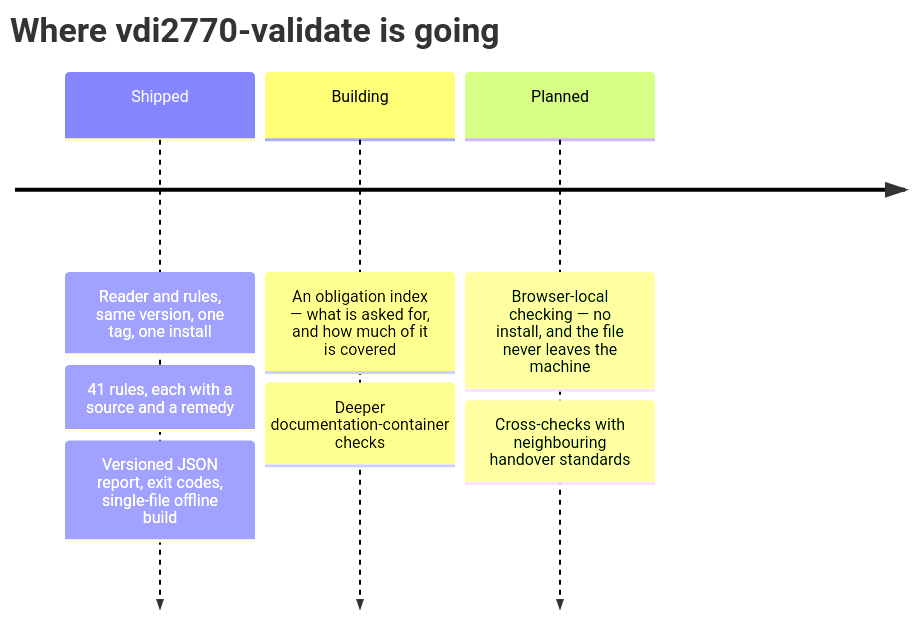
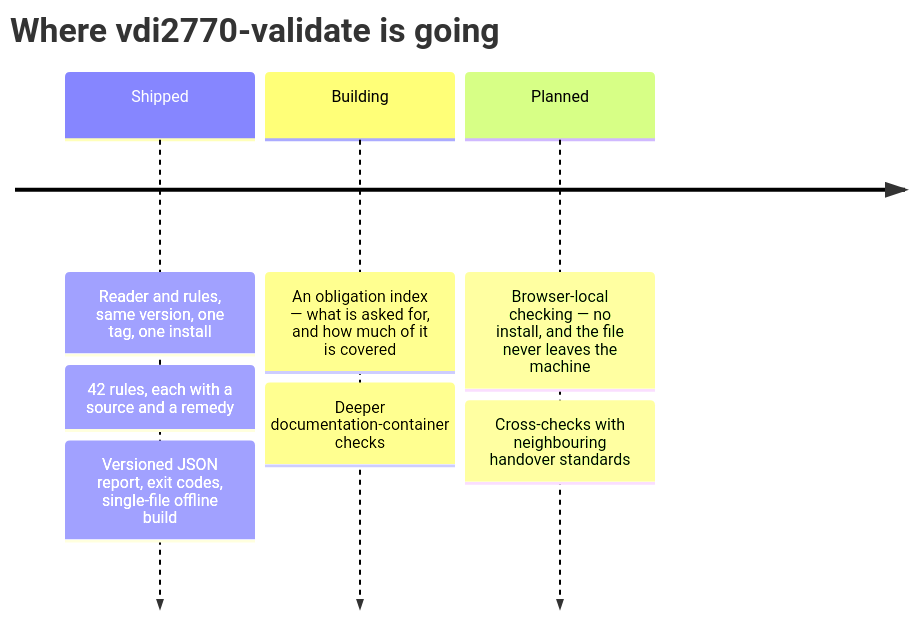
The second of 2 diagrams in README.md (dev365code/vdi2770-validate), drawn with Mermaid before and after one commit. The commit also changed other lines of this file and 14 other files, not shown here.

````diff
--- a/README.md
+++ b/README.md
@@ -252,11 +252,11 @@
 ```mermaid
 timeline
     title Where vdi2770-validate is going
     Shipped : Reader and rules, same version, one tag, one install
-            : 41 rules, each with a source and a remedy
+            : 42 rules, each with a source and a remedy
             : Versioned JSON report, exit codes, single-file offline build
     Building : An obligation index — what is asked for, and how much of it is covered
              : Deeper documentation-container checks
     Planned : Browser-local checking — no install, and the file never leaves the machine
             : Cross-checks with neighbouring handover standards
 ```
````
